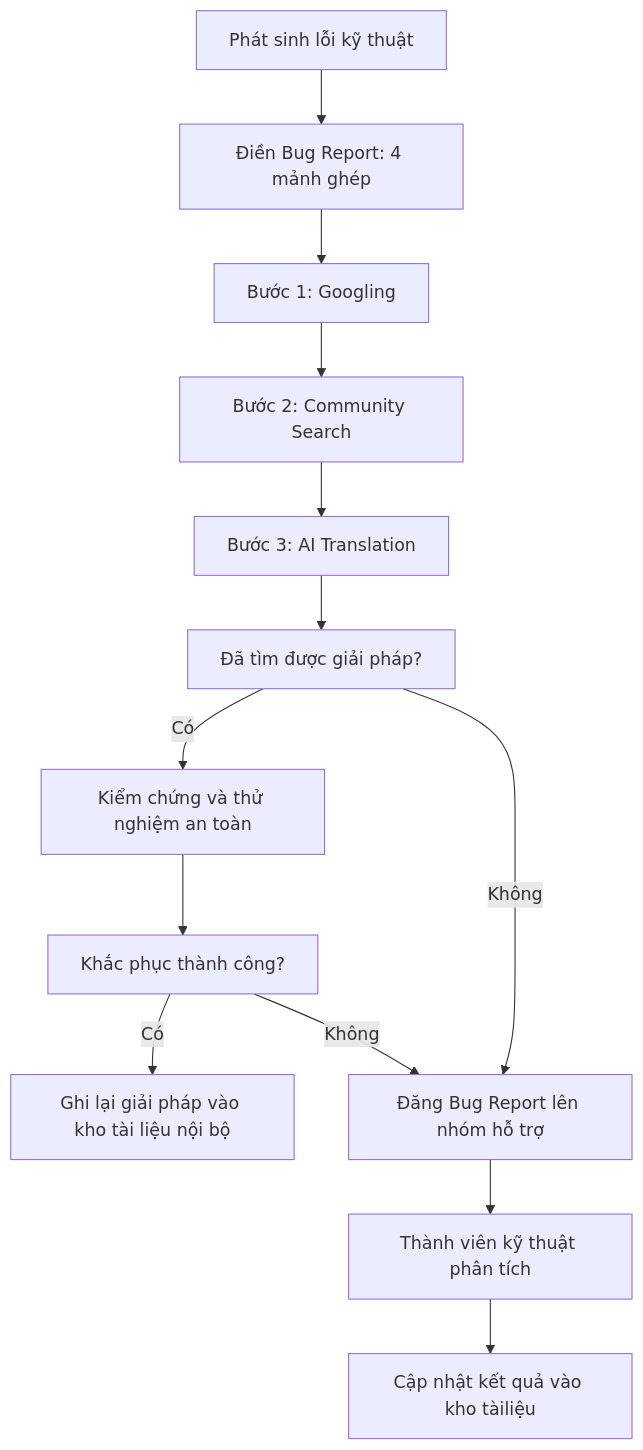
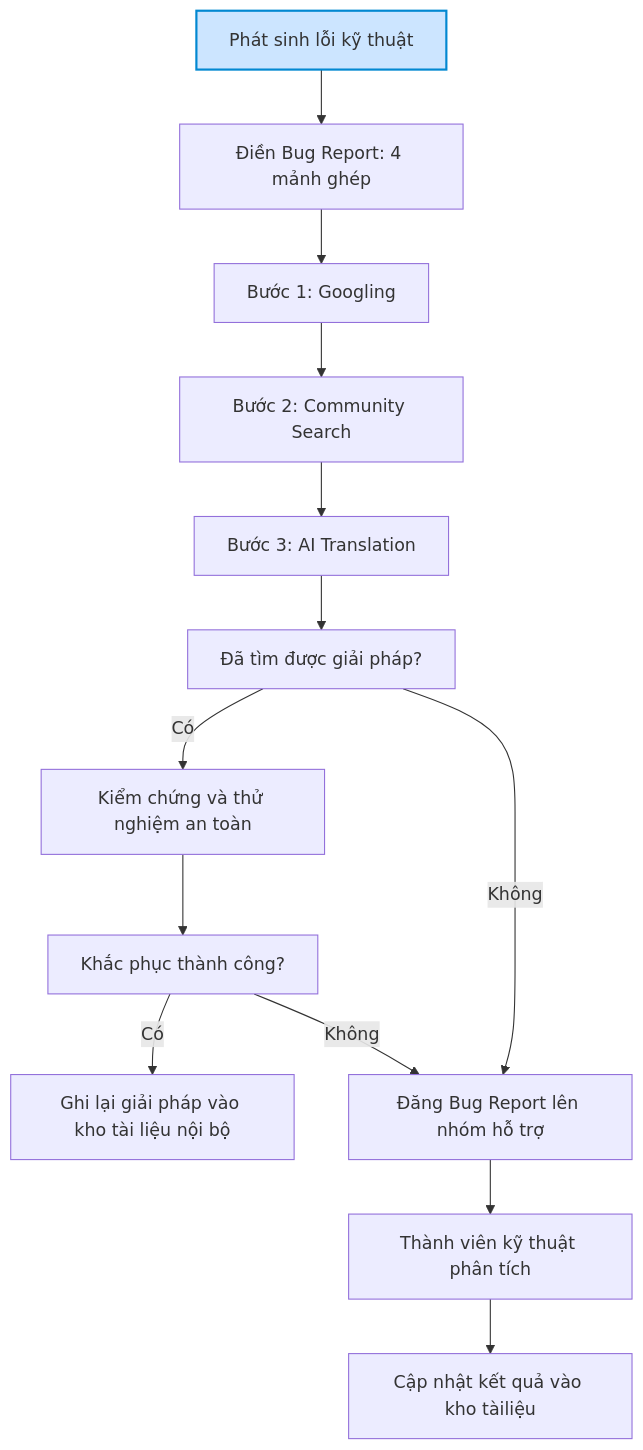
Before and after one commit to Duyanh2k8/HCM-KS26-CNTT1_NMCNTT_Session22_Ex05: the diagram in README.md, drawn with Mermaid.

````diff
--- a/README.md
+++ b/README.md
@@ -79,15 +79,17 @@
 ```mermaid
 flowchart TD
   A["Phát sinh lỗi kỹ thuật"] --> B["Điền Bug Report: 4 mảnh ghép"]
   B --> C["Bước 1: Googling"]
   C --> D["Bước 2: Community Search"]
   D --> E["Bước 3: AI Translation"]
   E --> F["Đã tìm được giải pháp?"]
   F --> |Có| G["Kiểm chứng và thử nghiệm an toàn"]
   G --> H["Khắc phục thành công?"]
   H --> |Có| I["Ghi lại giải pháp vào kho tài liệu nội bộ"]
   H --> |Không| J["Đăng Bug Report lên nhóm hỗ trợ"]
   F --> |Không| J["Đăng Bug Report lên nhóm hỗ trợ"]
   J --> K["Thành viên kỹ thuật phân tích"]
   K --> L["Cập nhật kết quả vào kho tàiliệu"]
+
+  style A fill:#cce5ff,stroke:#0288d1,stroke-width:2px
 ```
````
